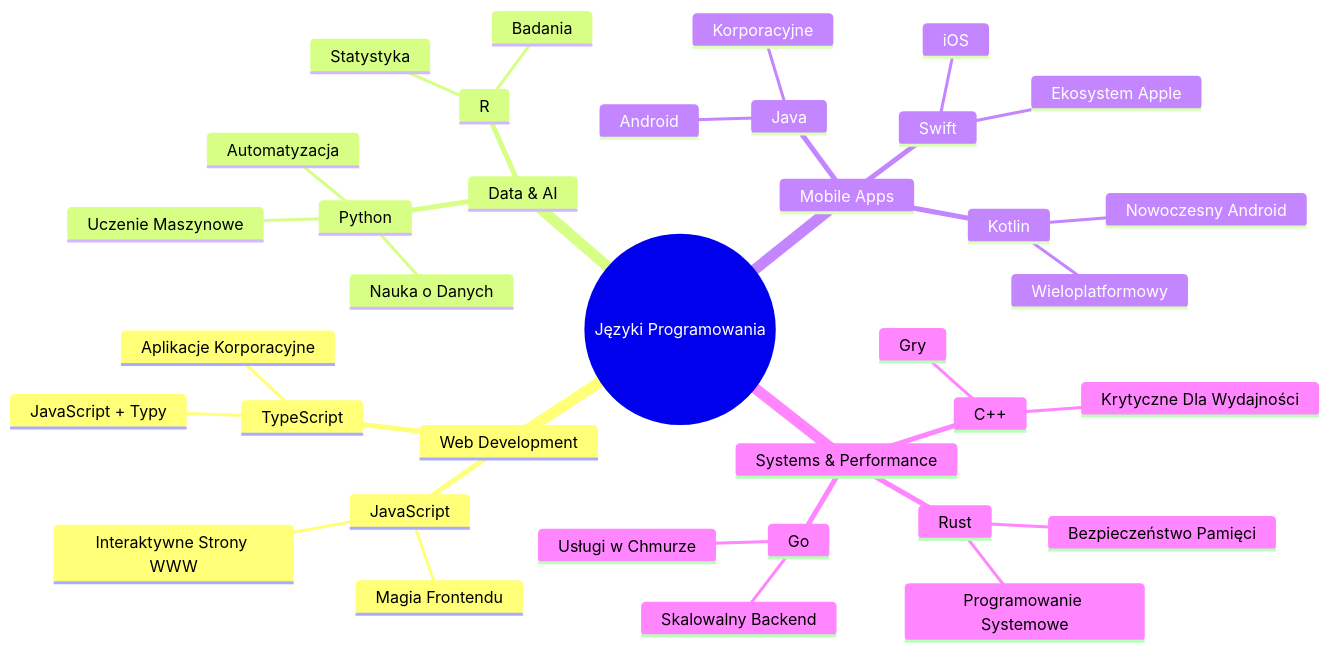
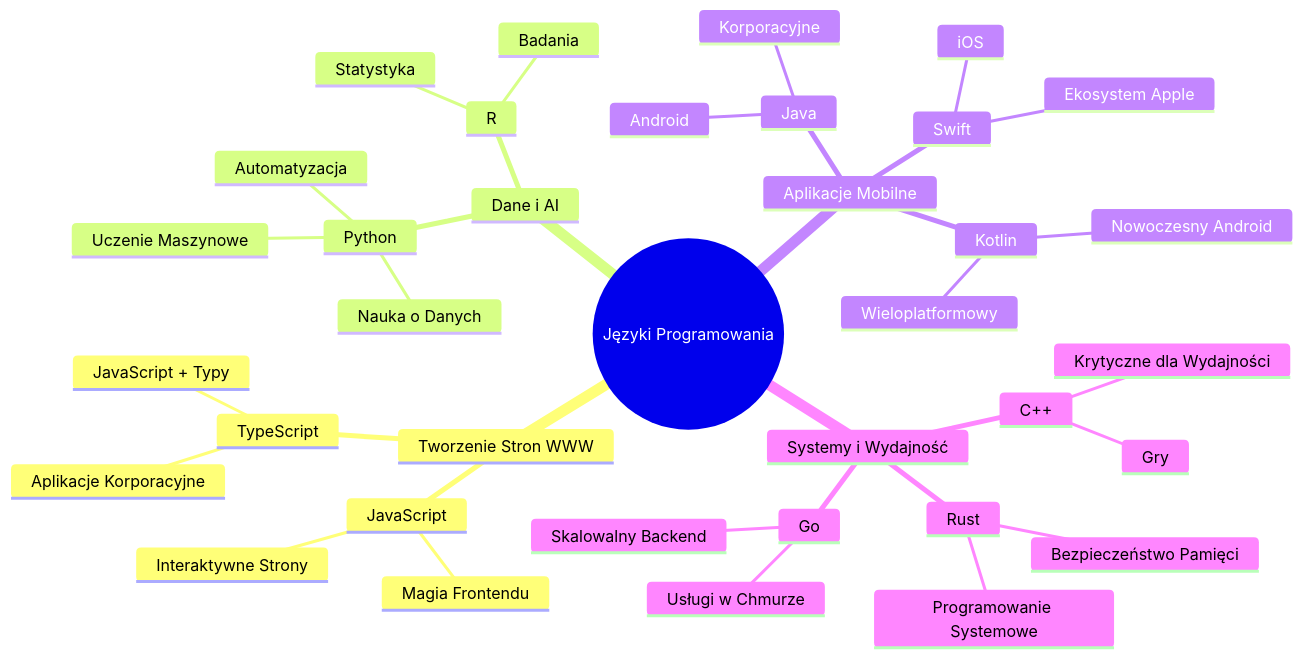
Before and after one commit to microsoft/Web-Dev-For-Beginners: the second of 7 diagrams in translations/pl/1-getting-started-lessons/1-intro-to-programming-languages/README.md, drawn with Mermaid. The commit also changed other lines of this file and 11 other files, not shown here.

````diff
--- a/translations/pl/1-getting-started-lessons/1-intro-to-programming-languages/README.md
+++ b/translations/pl/1-getting-started-lessons/1-intro-to-programming-languages/README.md
@@ -85,39 +85,39 @@
 ```mermaid
 mindmap
   root((Języki Programowania))
-    Web Development
+    Tworzenie Stron WWW
       JavaScript
         Magia Frontendu
-        Interaktywne Strony WWW
+        Interaktywne Strony
       TypeScript
         JavaScript + Typy
         Aplikacje Korporacyjne
-    Data & AI
+    Dane i AI
       Python
         Nauka o Danych
         Uczenie Maszynowe
         Automatyzacja
       R
         Statystyka
         Badania
-    Mobile Apps
+    Aplikacje Mobilne
       Java
         Android
         Korporacyjne
       Swift
         iOS
         Ekosystem Apple
       Kotlin
         Nowoczesny Android
         Wieloplatformowy
-    Systems & Performance
+    Systemy i Wydajność
       C++
         Gry
-        Krytyczne Dla Wydajności
+        Krytyczne dla Wydajności
       Rust
         Bezpieczeństwo Pamięci
         Programowanie Systemowe
       Go
         Usługi w Chmurze
         Skalowalny Backend
 ```
````
